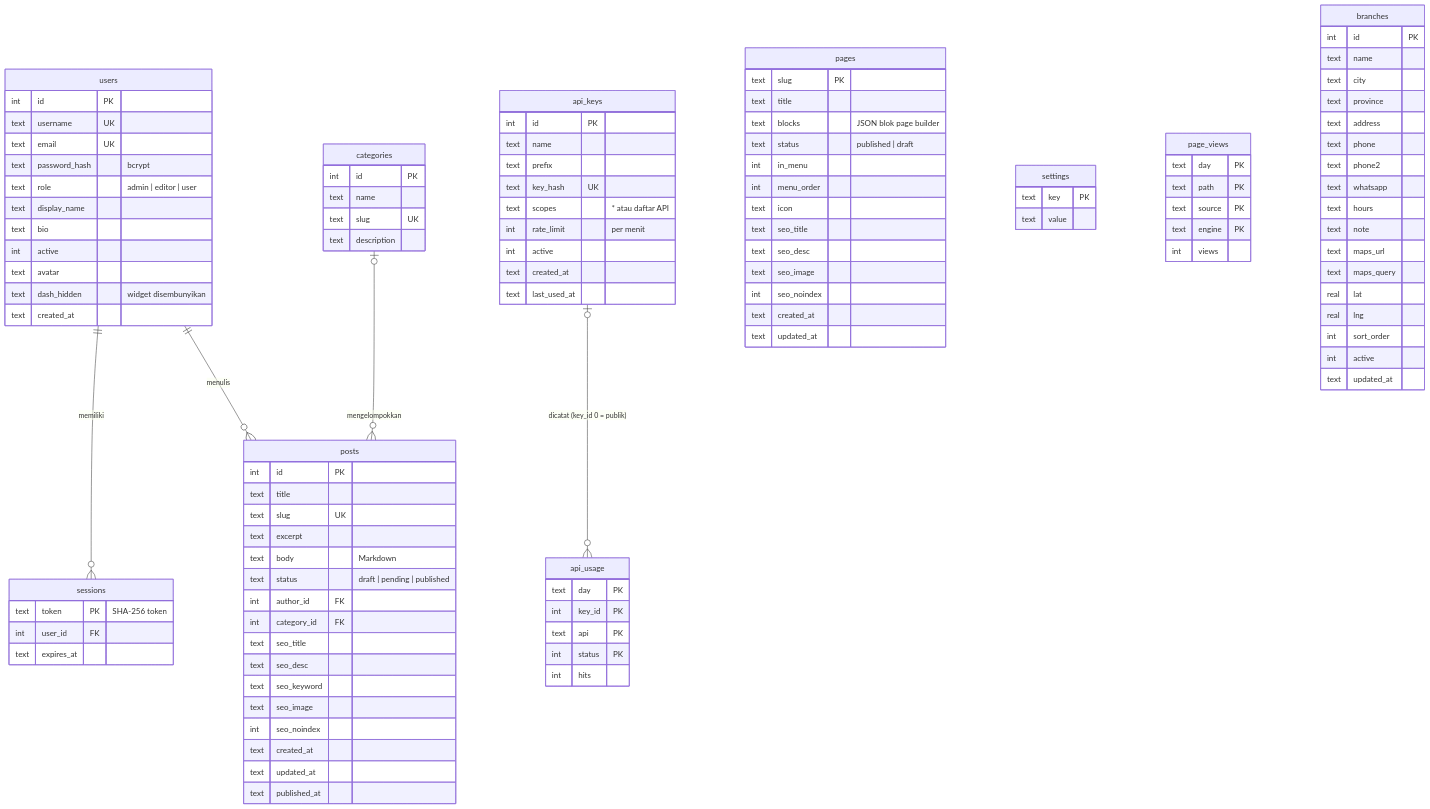
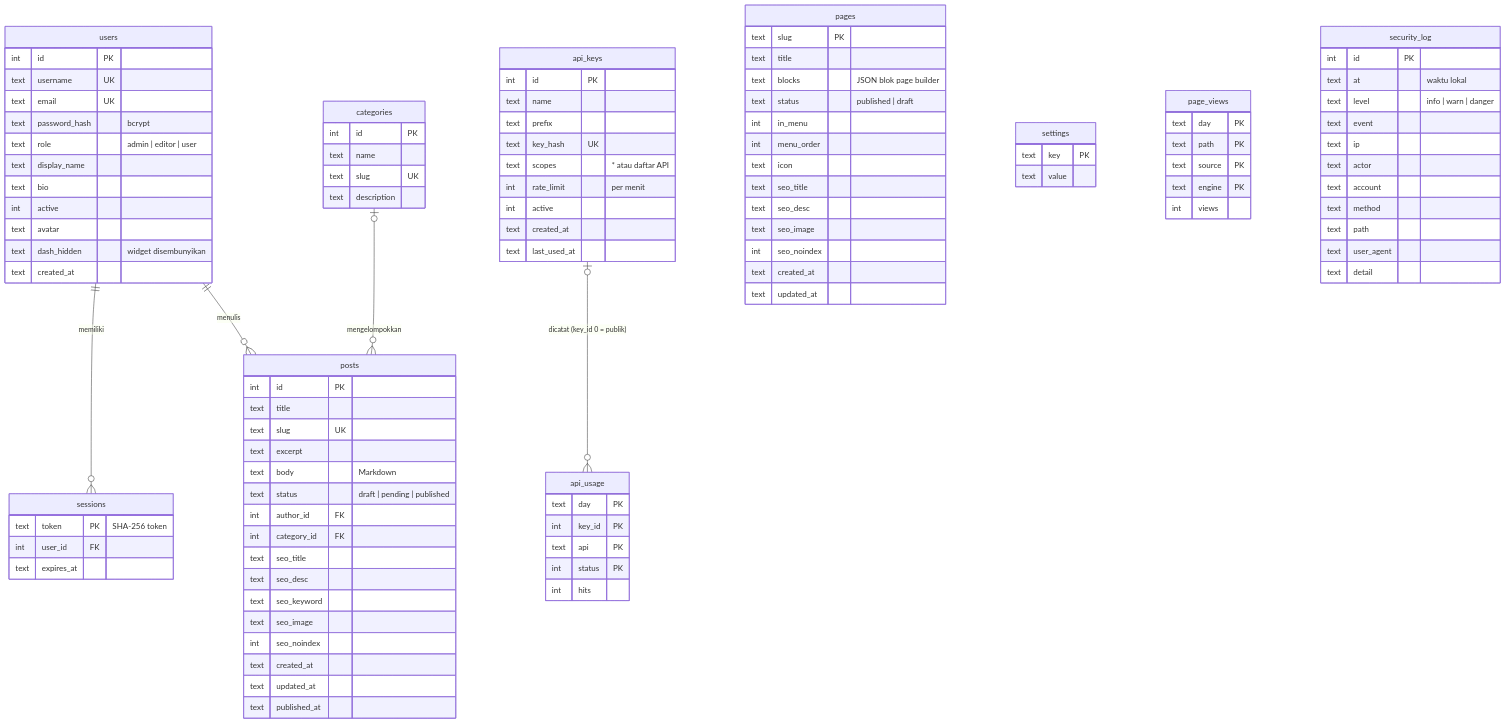
Diagram 14 of 15 in README.md (alvarezyrh/DCMS), drawn with Mermaid before and after one commit. The commit also changed other lines of this file and 25 other files, not shown here.

````diff
--- a/README.md
+++ b/README.md
@@ -636,25 +644,6 @@
         text engine PK
         int views
     }
-    branches {
-        int id PK
-        text name
-        text city
-        text province
-        text address
-        text phone
-        text phone2
-        text whatsapp
-        text hours
-        text note
-        text maps_url
-        text maps_query
-        real lat
-        real lng
-        int sort_order
-        int active
-        text updated_at
-    }
     api_keys {
         int id PK
         text name
@@ -673,4 +662,17 @@
         int status PK
         int hits
     }
+    security_log {
+        int id PK
+        text at "waktu lokal"
+        text level "info | warn | danger"
+        text event
+        text ip
+        text actor
+        text account
+        text method
+        text path
+        text user_agent
+        text detail
+    }
 ```
````
